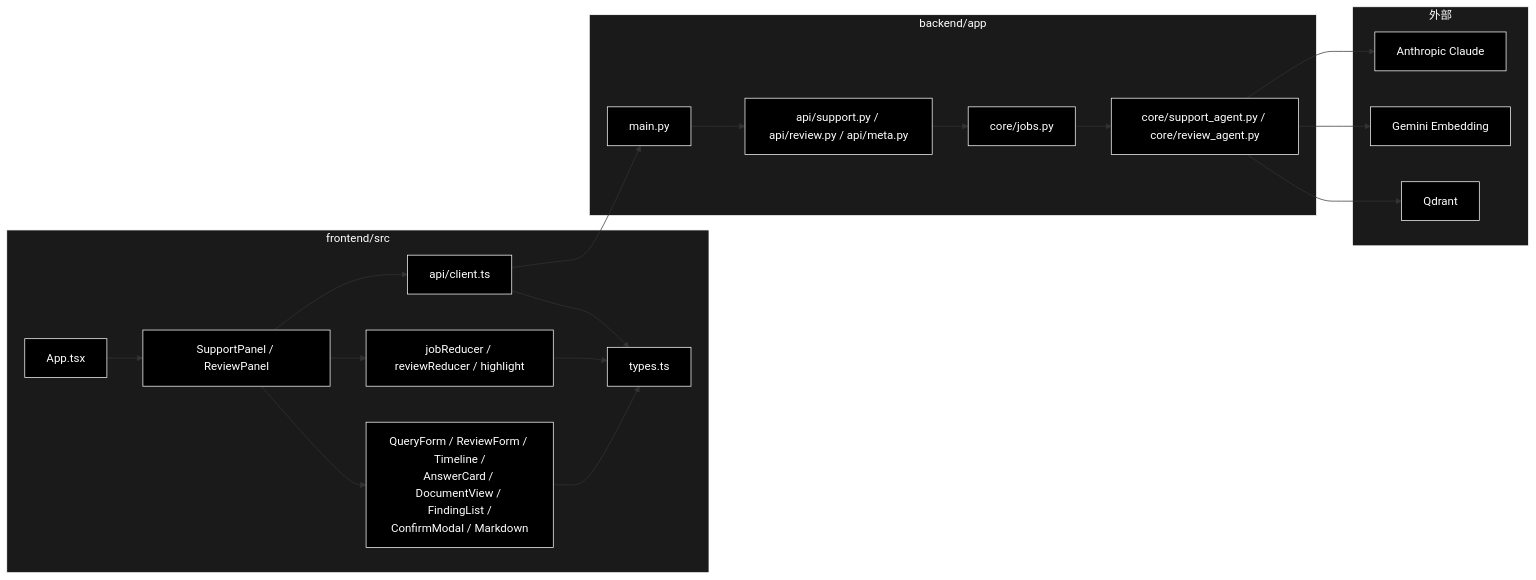
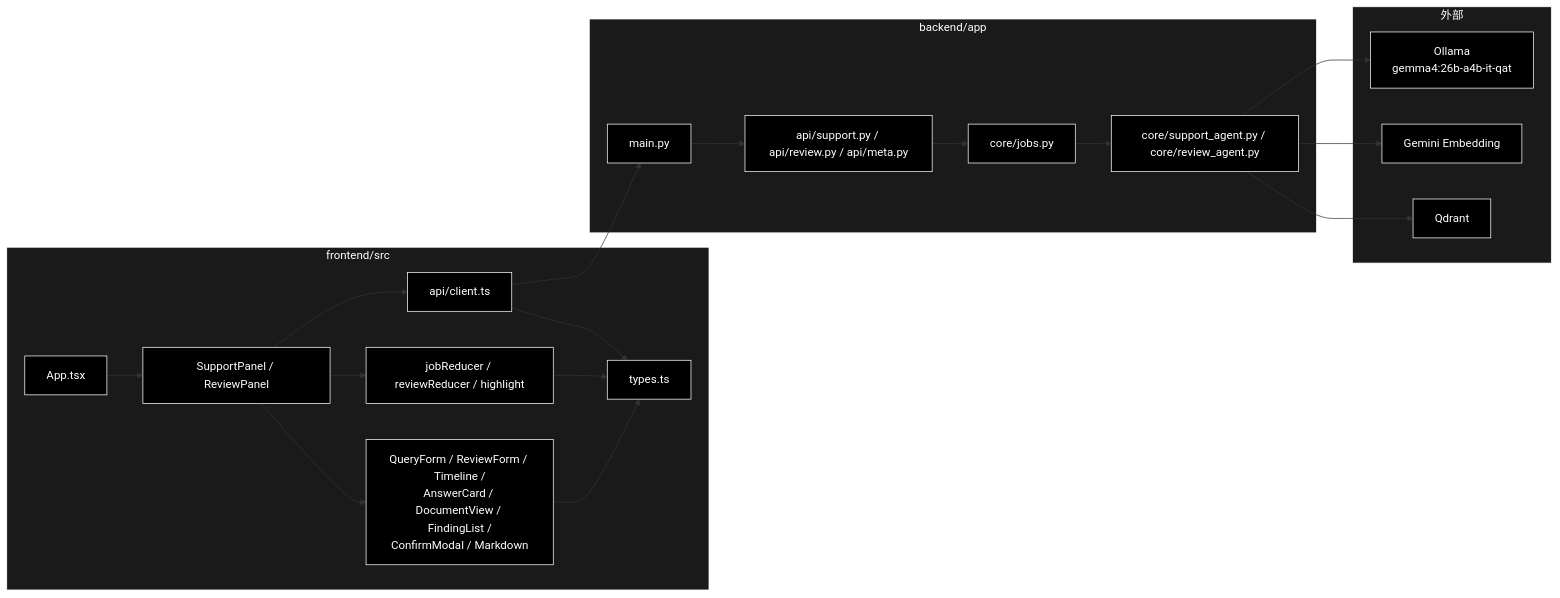
One commit to nakashima2toshio/grace_v2_local changed the fifth of 5 diagrams in README.md. Above: the diagram before and after it, drawn with Mermaid. The commit also changed other lines of this file, not shown here.

````diff
--- a/README.md
+++ b/README.md
@@ -1239,45 +1284,45 @@
 ```mermaid
 flowchart LR
     subgraph FE["frontend/src"]
         APPX["App.tsx"]
         PANELS["SupportPanel / ReviewPanel"]
         COMPS["QueryForm / ReviewForm / Timeline /<br>AnswerCard / DocumentView / FindingList /<br>ConfirmModal / Markdown"]
         STATE["jobReducer / reviewReducer / highlight"]
         APIC["api/client.ts"]
         TYPES["types.ts"]
     end
 
     subgraph BE["backend/app"]
         MAINX["main.py"]
         APIS["api/support.py / api/review.py / api/meta.py"]
         JOBSX["core/jobs.py"]
         CORES["core/support_agent.py / core/review_agent.py"]
     end
 
     subgraph EXT["外部"]
-        ANT["Anthropic Claude"]
+        OLL["Ollama<br>gemma4:26b-a4b-it-qat"]
         GEM["Gemini Embedding"]
         QD["Qdrant"]
     end
 
     APPX --> PANELS
     PANELS --> COMPS
     PANELS --> STATE
     PANELS --> APIC
     COMPS --> TYPES
     STATE --> TYPES
     APIC --> TYPES
     APIC --> MAINX
     MAINX --> APIS
     APIS --> JOBSX
     JOBSX --> CORES
-    CORES --> ANT
+    CORES --> OLL
     CORES --> GEM
     CORES --> QD
 classDef default fill:#000,stroke:#fff,color:#fff
 classDef subgraphStyle fill:#1a1a1a,stroke:#fff,color:#fff
-class APPX,PANELS,COMPS,STATE,APIC,TYPES,MAINX,APIS,JOBSX,CORES,ANT,GEM,QD default
+class APPX,PANELS,COMPS,STATE,APIC,TYPES,MAINX,APIS,JOBSX,CORES,OLL,GEM,QD default
 style FE fill:#1a1a1a,stroke:#fff,color:#fff
 style BE fill:#1a1a1a,stroke:#fff,color:#fff
 style EXT fill:#1a1a1a,stroke:#fff,color:#fff
 ```
````
